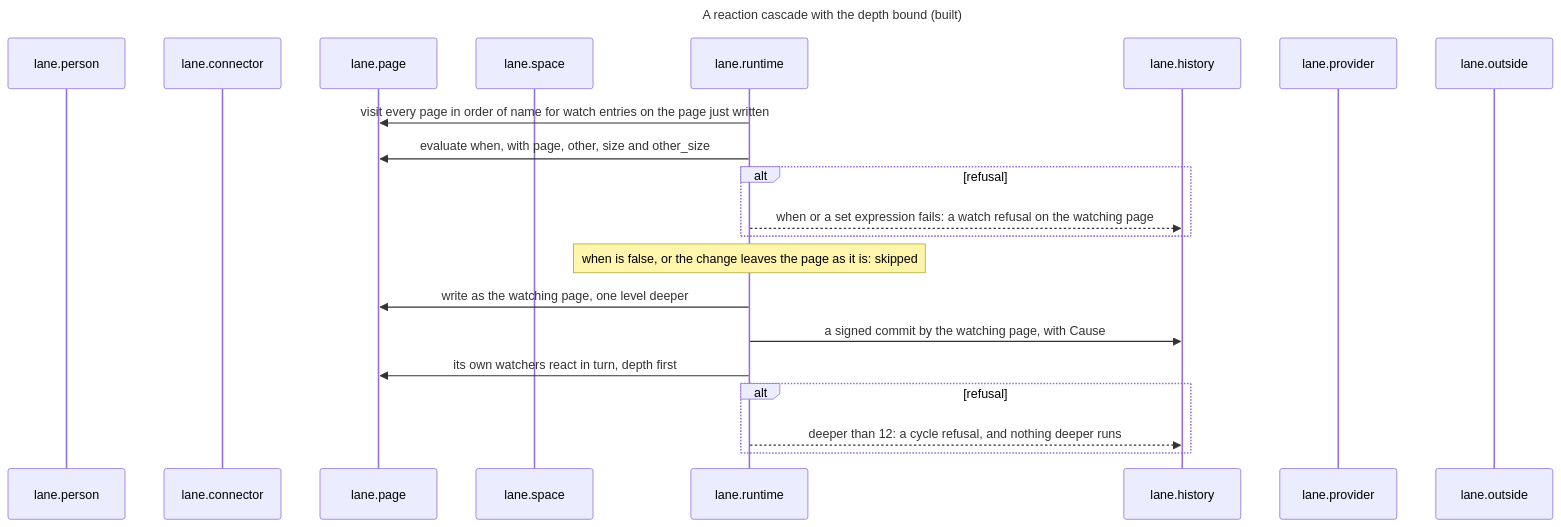
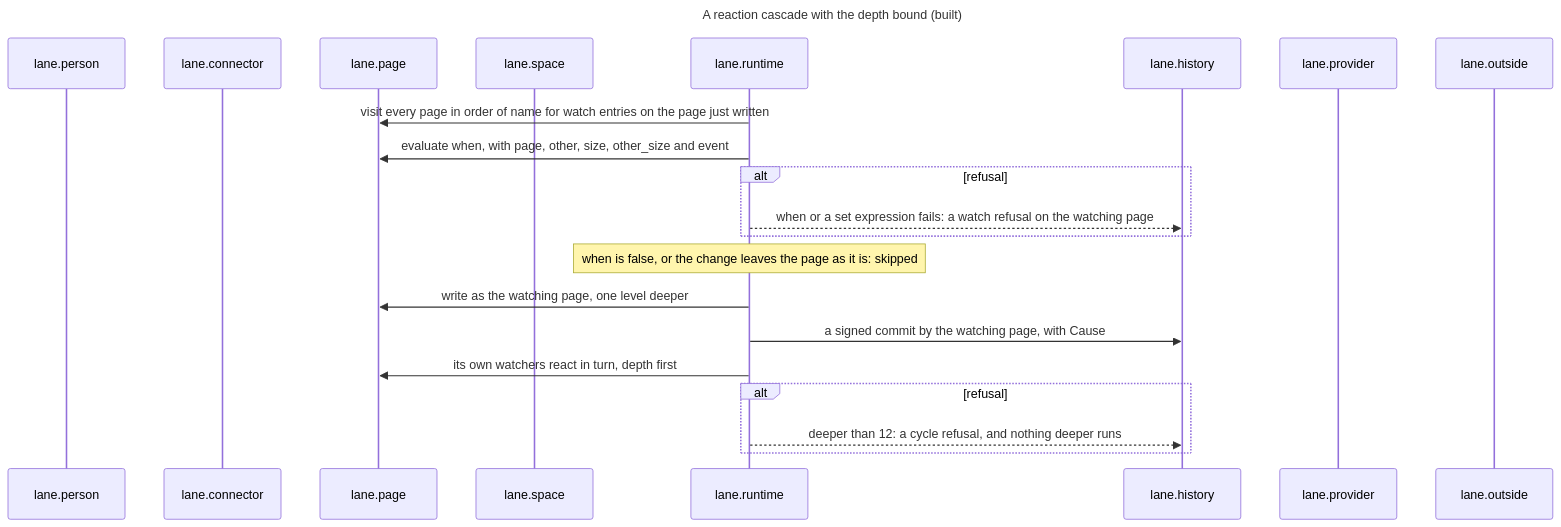
One commit to drksci/conky changed the fourth of 29 diagrams in docs/reference/architecture.md. Above: the diagram before and after it, drawn with Mermaid. The commit also changed other lines of this file and 19 other files, not shown here.

````diff
--- a/docs/reference/architecture.md
+++ b/docs/reference/architecture.md
@@ -341,26 +342,26 @@
 ```mermaid
 ---
 title: A reaction cascade with the depth bound (built)
 ---
 sequenceDiagram
     participant lane.person
     participant lane.connector
     participant lane.page
     participant lane.space
     participant lane.runtime
     participant lane.history
     participant lane.provider
     participant lane.outside
     lane.runtime->>lane.page: visit every page in order of name for watch entries on the page just written
-    lane.runtime->>lane.page: evaluate when, with page, other, size and other_size
+    lane.runtime->>lane.page: evaluate when, with page, other, size, other_size and event
     alt refusal
         lane.runtime-->>lane.history: when or a set expression fails: a watch refusal on the watching page
     end
     Note over lane.runtime: when is false, or the change leaves the page as it is: skipped
     lane.runtime->>lane.page: write as the watching page, one level deeper
     lane.runtime->>lane.history: a signed commit by the watching page, with Cause
     lane.runtime->>lane.page: its own watchers react in turn, depth first
     alt refusal
         lane.runtime-->>lane.history: deeper than 12: a cycle refusal, and nothing deeper runs
     end
 ```
````
